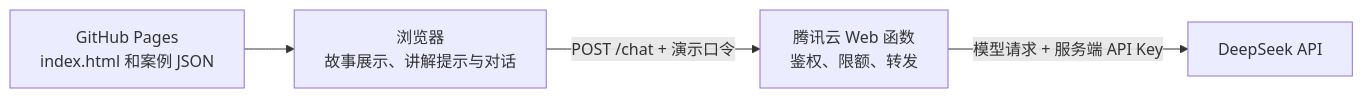
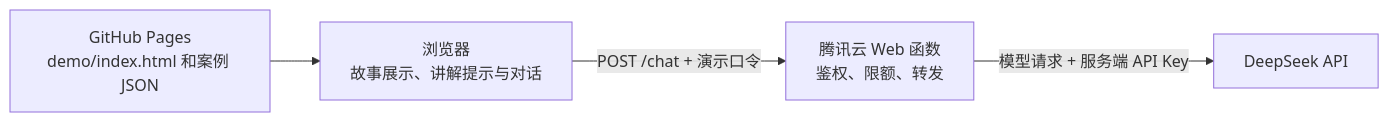
The diagram in docs/architecture.md (Nekobenzene/XGpre), drawn with Mermaid before and after one commit. The commit also changed other lines of this file and 6 other files, not shown here.

````diff
--- a/docs/architecture.md
+++ b/docs/architecture.md
@@ -3,6 +3,6 @@
 ```mermaid
 flowchart LR
-    Static["GitHub Pages<br/>index.html 和案例 JSON"] --> Browser["浏览器<br/>故事展示、讲解提示与对话"]
+    Static["GitHub Pages<br/>demo/index.html 和案例 JSON"] --> Browser["浏览器<br/>故事展示、讲解提示与对话"]
     Browser -->|"POST /chat + 演示口令"| SCF["腾讯云 Web 函数<br/>鉴权、限额、转发"]
     SCF -->|"模型请求 + 服务端 API Key"| DeepSeek["DeepSeek API"]
 ```
````
